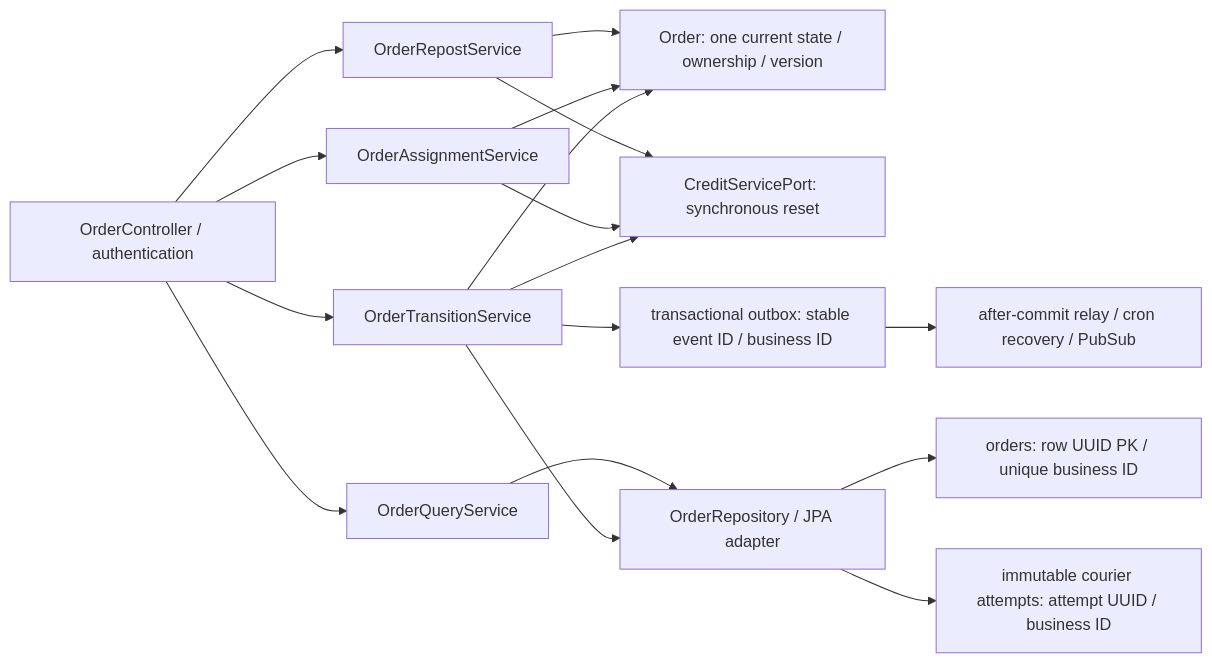
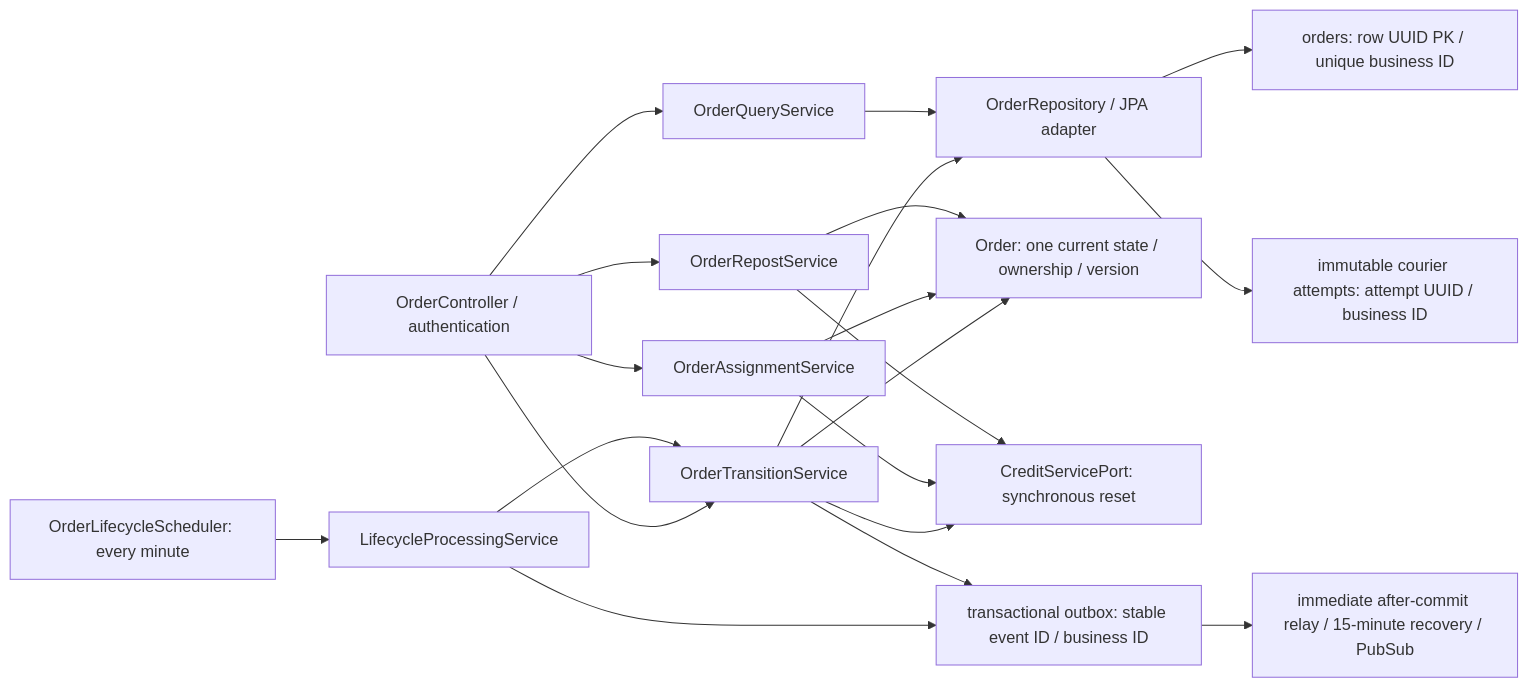
One commit to Y2627S1-CS3219-P-28/FoC-P28 changed the first of 2 diagrams in order-service/sprints/sprint-2-3/README.md. Above: the diagram before and after it, drawn with Mermaid. The commit also changed other lines of this file and 18 other files, not shown here.

Commit message:
docs(order): reconcile target flow and document repost integration gaps

````diff
--- a/order-service/sprints/sprint-2-3/README.md
+++ b/order-service/sprints/sprint-2-3/README.md
@@ -7,19 +12,22 @@
 ```mermaid
 flowchart LR
   Controller[OrderController / authentication] --> Transition[OrderTransitionService]
   Controller --> Assignment[OrderAssignmentService]
   Controller --> Repost[OrderRepostService]
   Controller --> Query[OrderQueryService]
+  Tick[OrderLifecycleScheduler: every minute] --> Lifecycle[LifecycleProcessingService]
+  Lifecycle --> Transition
+  Lifecycle --> Outbox
   Transition --> Domain[Order: one current state / ownership / version]
   Assignment --> Domain
   Repost --> Domain
   Transition --> Credit[CreditServicePort: synchronous reset]
   Assignment --> Credit
   Repost --> Credit
   Transition --> Persistence[OrderRepository / JPA adapter]
   Query --> Persistence
   Persistence --> Current[orders: row UUID PK / unique business ID]
   Persistence --> Attempts[immutable courier attempts: attempt UUID / business ID]
   Transition --> Outbox[transactional outbox: stable event ID / business ID]
-  Outbox --> Relay[after-commit relay / cron recovery / PubSub]
+  Outbox --> Relay[immediate after-commit relay / 15-minute recovery / PubSub]
 ```
````
